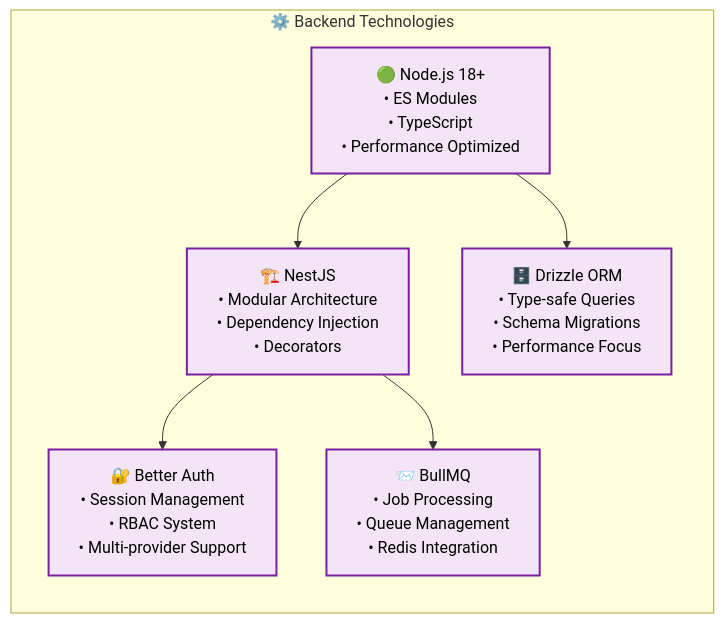
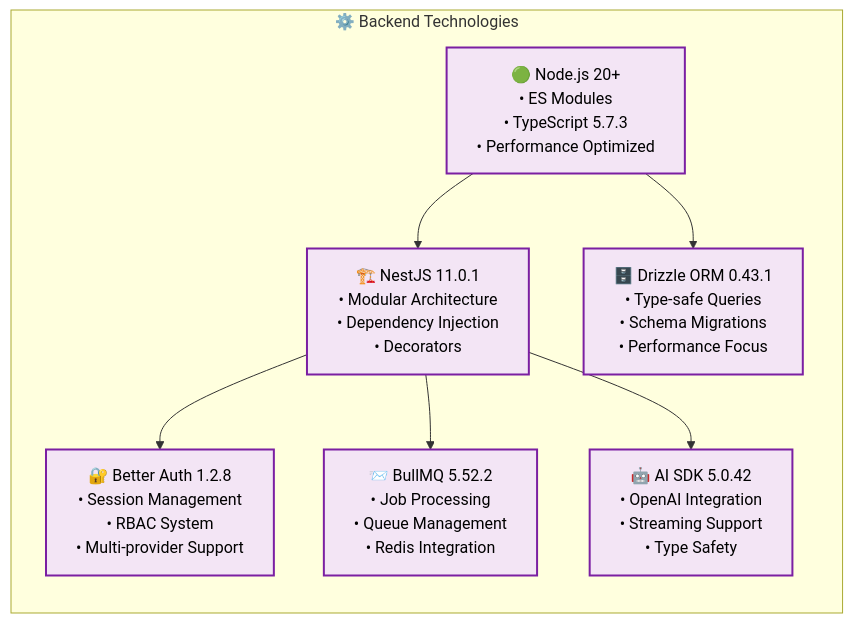
The sixth of 11 diagrams in .specs/SUPERCHECK_ARCHITECTURE.md (supercheck-io/supercheck-core), drawn with Mermaid before and after one commit. The commit also changed other lines of this file and 26 other files, not shown here.

````diff
--- a/.specs/SUPERCHECK_ARCHITECTURE.md
+++ b/.specs/SUPERCHECK_ARCHITECTURE.md
@@ -315,18 +330,20 @@
 ```mermaid
 graph LR
     subgraph "⚙️ Backend Technologies"
-        B1[🟢 Node.js 18+<br/>• ES Modules<br/>• TypeScript<br/>• Performance Optimized]
-        B2[🏗️ NestJS<br/>• Modular Architecture<br/>• Dependency Injection<br/>• Decorators]
-        B3[🗄️ Drizzle ORM<br/>• Type-safe Queries<br/>• Schema Migrations<br/>• Performance Focus]
-        B4[🔐 Better Auth<br/>• Session Management<br/>• RBAC System<br/>• Multi-provider Support]
-        B5[📨 BullMQ<br/>• Job Processing<br/>• Queue Management<br/>• Redis Integration]
+        B1[🟢 Node.js 20+<br/>• ES Modules<br/>• TypeScript 5.7.3<br/>• Performance Optimized]
+        B2[🏗️ NestJS 11.0.1<br/>• Modular Architecture<br/>• Dependency Injection<br/>• Decorators]
+        B3[🗄️ Drizzle ORM 0.43.1<br/>• Type-safe Queries<br/>• Schema Migrations<br/>• Performance Focus]
+        B4[🔐 Better Auth 1.2.8<br/>• Session Management<br/>• RBAC System<br/>• Multi-provider Support]
+        B5[📨 BullMQ 5.52.2<br/>• Job Processing<br/>• Queue Management<br/>• Redis Integration]
+        B6[🤖 AI SDK 5.0.42<br/>• OpenAI Integration<br/>• Streaming Support<br/>• Type Safety]
     end
-    
+
     B1 --> B2
     B1 --> B3
     B2 --> B4
     B2 --> B5
-    
+    B2 --> B6
+
     classDef tech fill:#f3e5f5,stroke:#7b1fa2,stroke-width:2px,color:#000
-    class B1,B2,B3,B4,B5 tech
+    class B1,B2,B3,B4,B5,B6 tech
 ```
````
